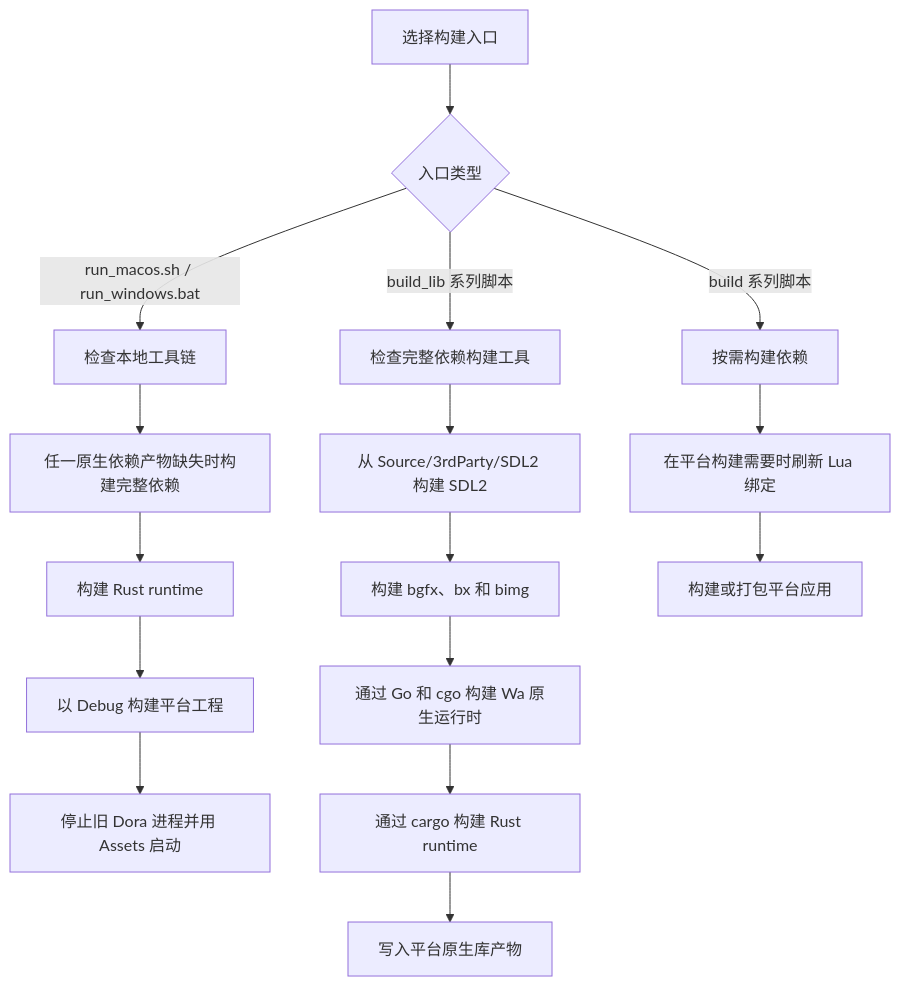
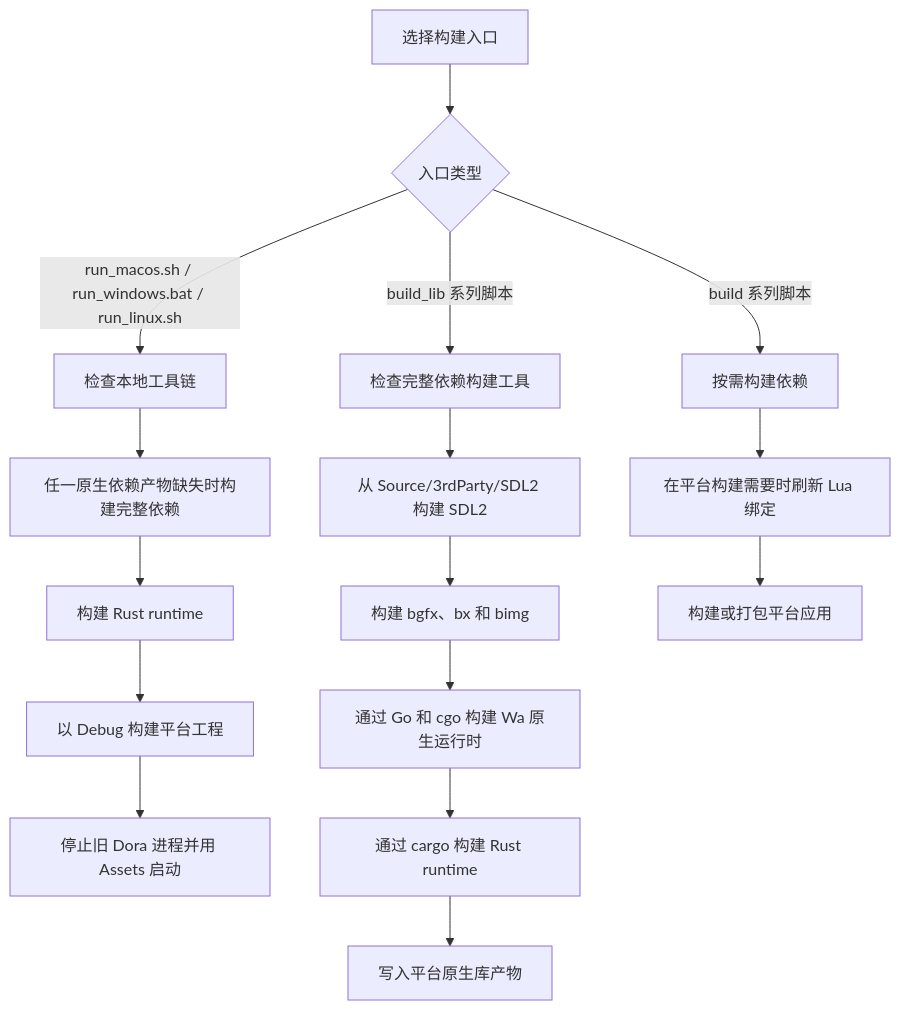
One commit to IppClub/Dora-SSR changed the diagram in Docs/i18n/zh-Hans/docusaurus-plugin-content-docs/current/tutorial/120.dev-configuration.mdx. Above: the diagram before and after it, drawn with Mermaid. The commit also changed other lines of this file and 4 other files, not shown here.

Commit message:
Add Linux run script and fix shutdown cleanup

````diff
--- a/Docs/i18n/zh-Hans/docusaurus-plugin-content-docs/current/tutorial/120.dev-configuration.mdx
+++ b/Docs/i18n/zh-Hans/docusaurus-plugin-content-docs/current/tutorial/120.dev-configuration.mdx
@@ -237,20 +233,20 @@
 ```mermaid
 flowchart TD
 	A["选择构建入口"] --> B{"入口类型"}
-	B -->|"run_macos.sh / run_windows.bat"| C["检查本地工具链"]
+	B -->|"run_macos.sh / run_windows.bat / run_linux.sh"| C["检查本地工具链"]
 	C --> D["任一原生依赖产物缺失时构建完整依赖"]
 	D --> E["构建 Rust runtime"]
 	E --> F["以 Debug 构建平台工程"]
 	F --> G["停止旧 Dora 进程并用 Assets 启动"]
 
 	B -->|"build_lib 系列脚本"| H["检查完整依赖构建工具"]
 	H --> I["从 Source/3rdParty/SDL2 构建 SDL2"]
 	I --> J["构建 bgfx、bx 和 bimg"]
 	J --> K["通过 Go 和 cgo 构建 Wa 原生运行时"]
 	K --> L["通过 cargo 构建 Rust runtime"]
 	L --> M["写入平台原生库产物"]
 
 	B -->|"build 系列脚本"| N["按需构建依赖"]
 	N --> O["在平台构建需要时刷新 Lua 绑定"]
 	O --> P["构建或打包平台应用"]
 ```
````
